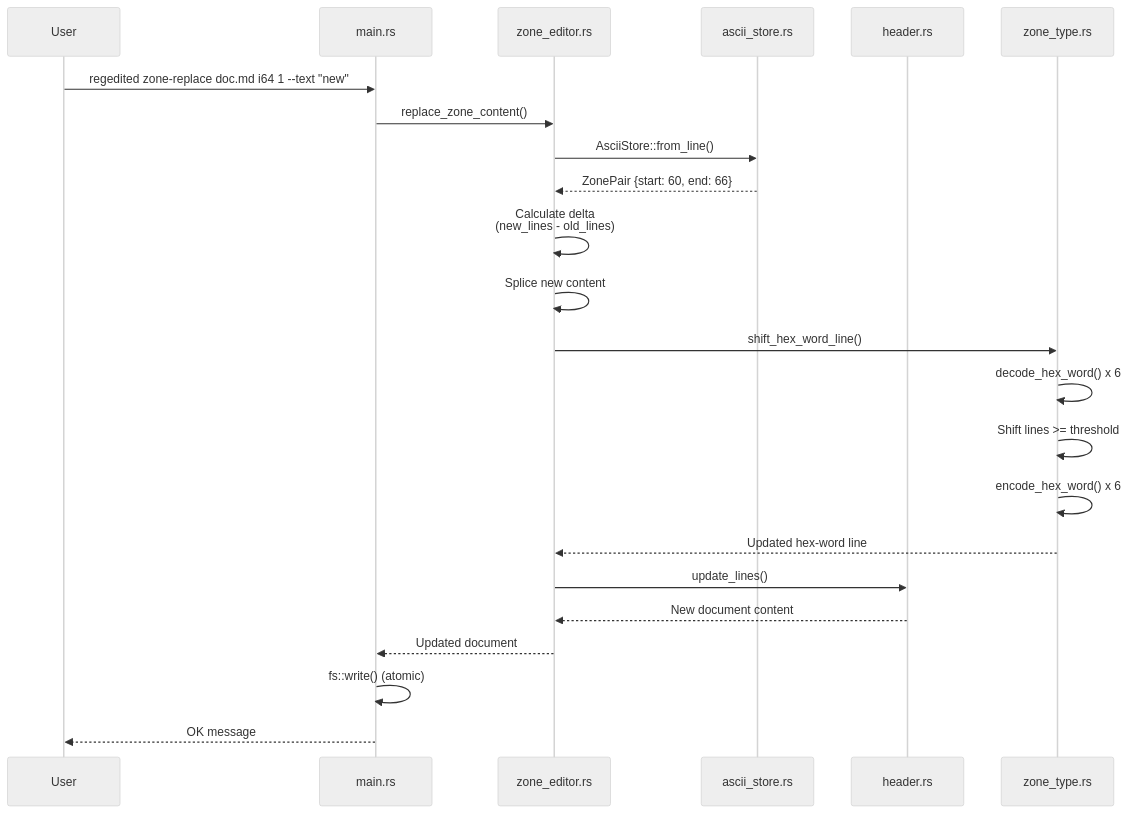
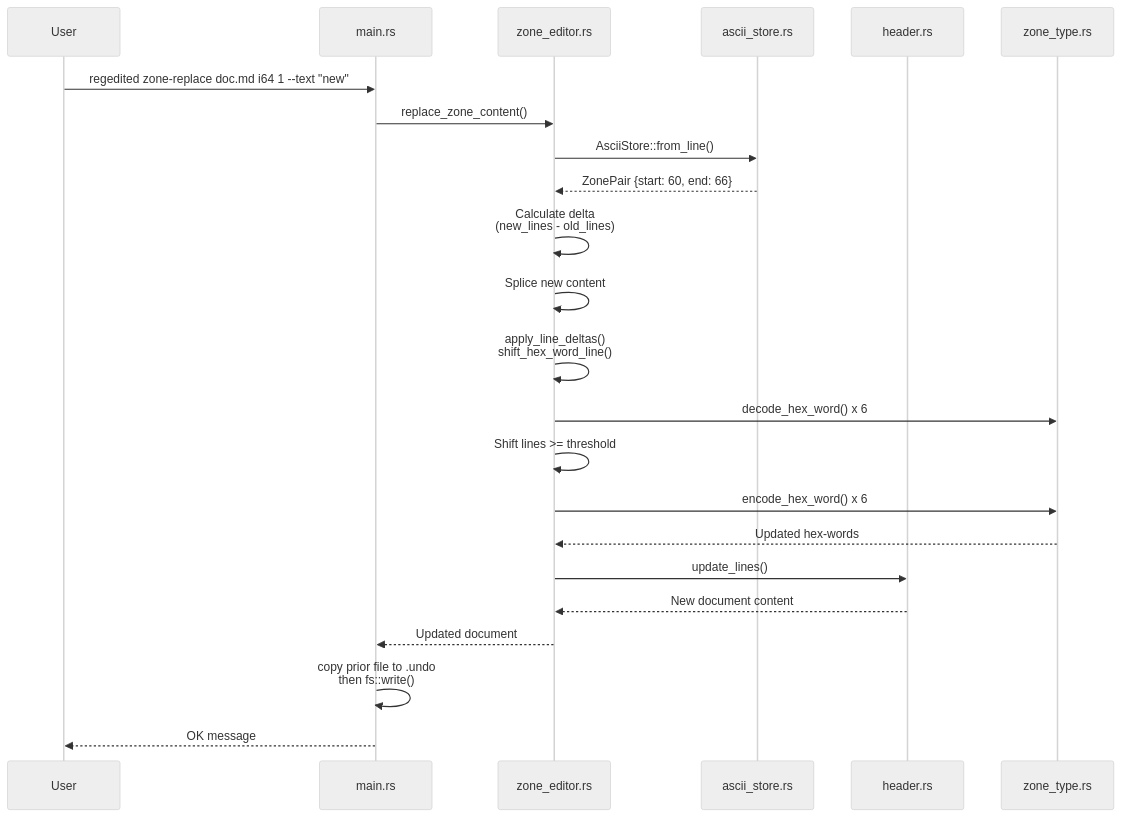
Before and after one commit to CommanderTurtle/regedited: the seventh of 8 diagrams in docs/FLOWCHART.md, drawn with Mermaid (neutral theme). The commit also changed other lines of this file and 5 other files, not shown here.

````diff
--- a/docs/FLOWCHART.md
+++ b/docs/FLOWCHART.md
@@ -412,26 +410,26 @@
 ```mermaid
 sequenceDiagram
     participant User
     participant CLI as main.rs
     participant ZE as zone_editor.rs
     participant AS as ascii_store.rs
     participant HDR as header.rs
     participant ZT as zone_type.rs
 
     User->>CLI: regedited zone-replace doc.md i64 1 --text "new"
     CLI->>ZE: replace_zone_content()
     ZE->>AS: AsciiStore::from_line()
     AS-->>ZE: ZonePair {start: 60, end: 66}
     ZE->>ZE: Calculate delta<br/>(new_lines - old_lines)
     ZE->>ZE: Splice new content
-    ZE->>ZT: shift_hex_word_line()
-    ZT->>ZT: decode_hex_word() x 6
-    ZT->>ZT: Shift lines >= threshold
-    ZT->>ZT: encode_hex_word() x 6
-    ZT-->>ZE: Updated hex-word line
+    ZE->>ZE: apply_line_deltas()<br/>shift_hex_word_line()
+    ZE->>ZT: decode_hex_word() x 6
+    ZE->>ZE: Shift lines >= threshold
+    ZE->>ZT: encode_hex_word() x 6
+    ZT-->>ZE: Updated hex-words
     ZE->>HDR: update_lines()
     HDR-->>ZE: New document content
     ZE-->>CLI: Updated document
-    CLI->>CLI: fs::write() (atomic)
+    CLI->>CLI: copy prior file to .undo<br/>then fs::write()
     CLI-->>User: OK message
 ```
````
